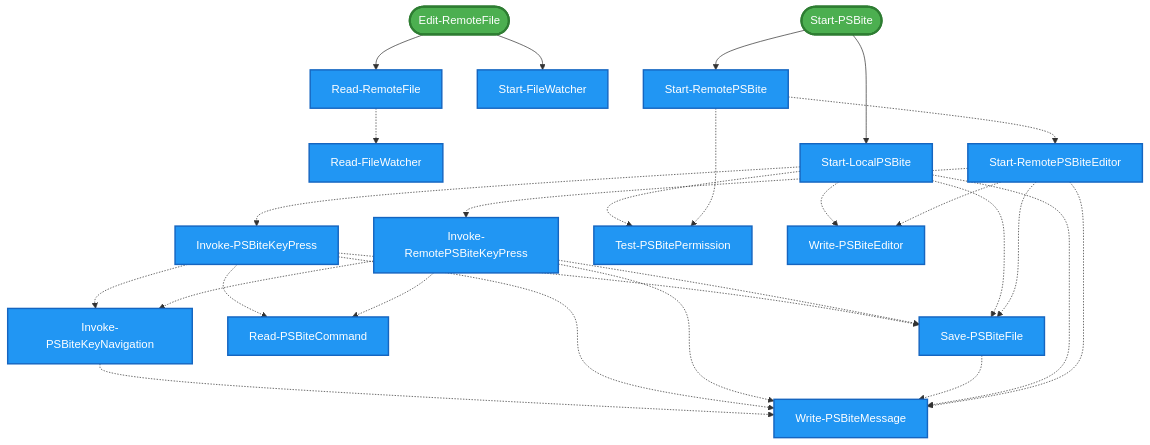
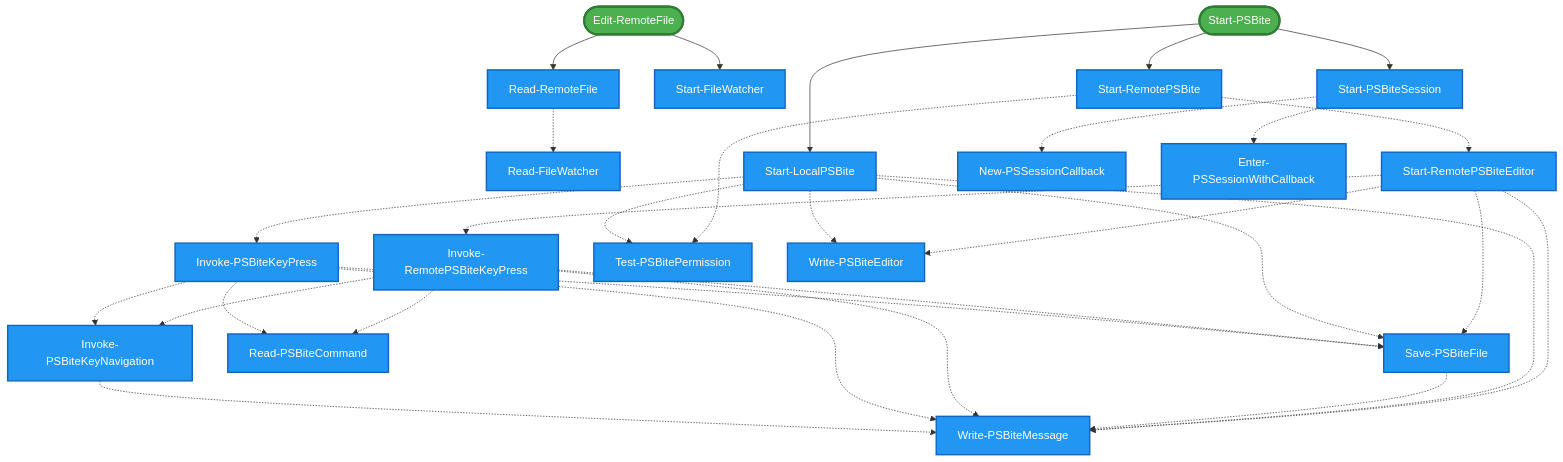
Before and after one commit to arnaudcharles/PSBITE: the diagram in DEPENDENCIES.md, drawn with Mermaid. The commit also changed other lines of this file and 27 other files, not shown here.

````diff
--- a/DEPENDENCIES.md
+++ b/DEPENDENCIES.md
@@ -10,62 +10,71 @@
 ```mermaid
 graph TD
     N0([Edit-RemoteFile])
     N1([Start-PSBite])
     N2[Invoke-PSBiteKeyNavigation]
     N3[Invoke-PSBiteKeyPress]
     N4[Invoke-RemotePSBiteKeyPress]
     N13[Read-FileWatcher]
     N12[Read-PSBiteCommand]
     N5[Read-RemoteFile]
     N6[Save-PSBiteFile]
     N10[Start-FileWatcher]
     N7[Start-LocalPSBite]
     N8[Start-RemotePSBite]
     N9[Start-RemotePSBiteEditor]
     N14[Test-PSBitePermission]
     N15[Write-PSBiteEditor]
     N11[Write-PSBiteMessage]
+    N16[New-PSSessionCallback]
+    N17[Enter-PSSessionWithCallback]
+    N18[Start-PSBiteSession]
     N0 --> N5
     N0 --> N10
     N1 --> N7
     N1 --> N8
+    N1 --> N18
+    N18 -.-> N16
+    N18 -.-> N17
     N2 -.-> N11
     N3 -.-> N2
     N3 -.-> N12
     N3 -.-> N6
     N3 -.-> N11
     N4 -.-> N2
     N4 -.-> N12
     N4 -.-> N6
     N4 -.-> N11
     N5 -.-> N13
     N6 -.-> N11
     N7 -.-> N3
     N7 -.-> N6
     N7 -.-> N14
     N7 -.-> N15
     N7 -.-> N11
     N8 -.-> N9
     N8 -.-> N14
     N9 -.-> N4
     N9 -.-> N6
     N9 -.-> N15
     N9 -.-> N11
 
     style N0 fill:#4CAF50,stroke:#2E7D32,stroke-width:3px,color:#fff
     style N1 fill:#4CAF50,stroke:#2E7D32,stroke-width:3px,color:#fff
     style N2 fill:#2196F3,stroke:#1565C0,stroke-width:2px,color:#fff
     style N3 fill:#2196F3,stroke:#1565C0,stroke-width:2px,color:#fff
     style N4 fill:#2196F3,stroke:#1565C0,stroke-width:2px,color:#fff
     style N13 fill:#2196F3,stroke:#1565C0,stroke-width:2px,color:#fff
     style N12 fill:#2196F3,stroke:#1565C0,stroke-width:2px,color:#fff
     style N5 fill:#2196F3,stroke:#1565C0,stroke-width:2px,color:#fff
     style N6 fill:#2196F3,stroke:#1565C0,stroke-width:2px,color:#fff
     style N10 fill:#2196F3,stroke:#1565C0,stroke-width:2px,color:#fff
     style N7 fill:#2196F3,stroke:#1565C0,stroke-width:2px,color:#fff
     style N8 fill:#2196F3,stroke:#1565C0,stroke-width:2px,color:#fff
     style N9 fill:#2196F3,stroke:#1565C0,stroke-width:2px,color:#fff
     style N14 fill:#2196F3,stroke:#1565C0,stroke-width:2px,color:#fff
     style N15 fill:#2196F3,stroke:#1565C0,stroke-width:2px,color:#fff
     style N11 fill:#2196F3,stroke:#1565C0,stroke-width:2px,color:#fff
+    style N16 fill:#2196F3,stroke:#1565C0,stroke-width:2px,color:#fff
+    style N17 fill:#2196F3,stroke:#1565C0,stroke-width:2px,color:#fff
+    style N18 fill:#2196F3,stroke:#1565C0,stroke-width:2px,color:#fff
 ```
````
